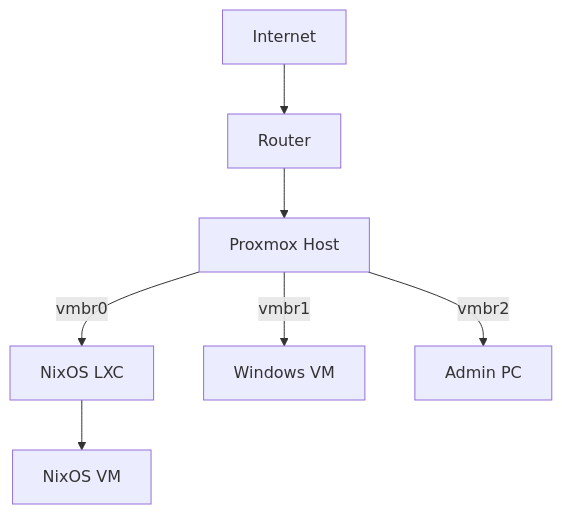
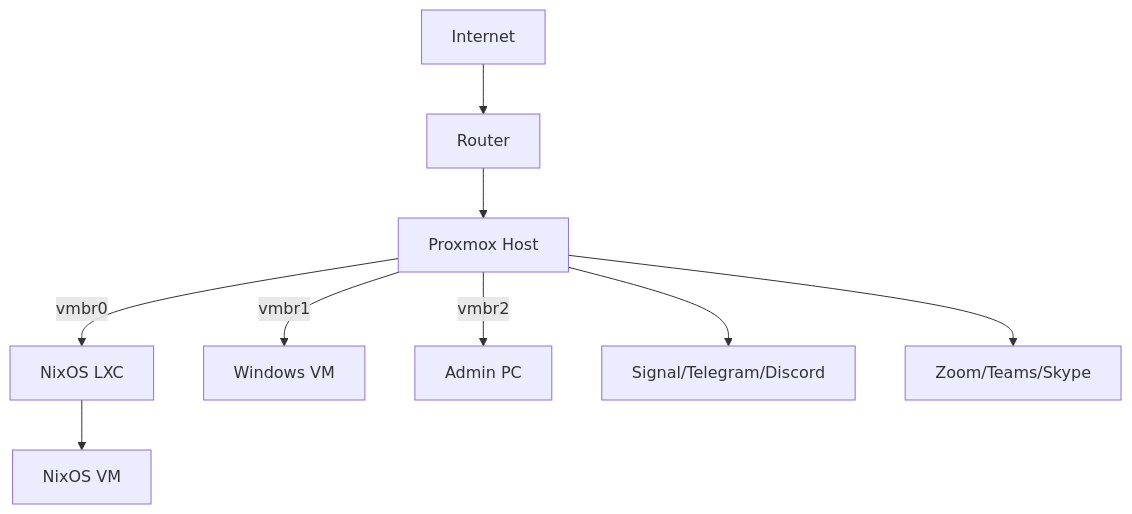
Before and after one commit to Hydepwns/nix-mox: the first of 10 diagrams in docs/architecture/ARCHITECTURE.md, drawn with Mermaid. The commit also changed other lines of this file and 4 other files, not shown here.

First line of the commit message:
docs: update architecture and scripting documentation

````diff
--- a/docs/architecture/ARCHITECTURE.md
+++ b/docs/architecture/ARCHITECTURE.md
@@ -26,14 +46,16 @@
 ```mermaid
 flowchart TD
     Internet --> Router --> ProxmoxHost
     ProxmoxHost -- vmbr0 --> NixOS_LXC
     ProxmoxHost -- vmbr1 --> Windows_VM
     ProxmoxHost -- vmbr2 --> Admin_PC
     NixOS_LXC --> NixOS_VM
+    ProxmoxHost --> Messaging_Services[Signal/Telegram/Discord]
+    ProxmoxHost --> Video_Calling[Zoom/Teams/Skype]
 
     ProxmoxHost["Proxmox Host"]
     NixOS_LXC["NixOS LXC"]
     Windows_VM["Windows VM"]
     Admin_PC["Admin PC"]
     NixOS_VM["NixOS VM"]
 ```
````
